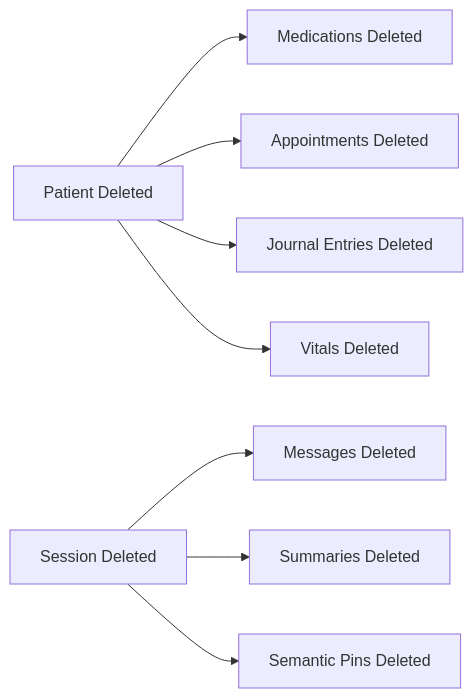
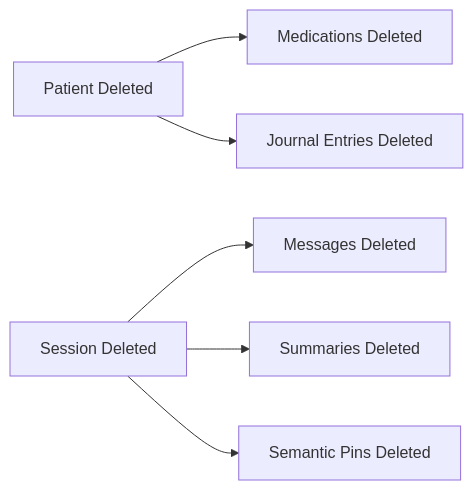
One commit to Kalito-Labs/Luna changed the second of 2 diagrams in docs/db/02-DATABASE-ARCHITECTURE.md. Above: the diagram before and after it, drawn with Mermaid. The commit also changed other lines of this file and 6 other files, not shown here.

````diff
--- a/docs/db/02-DATABASE-ARCHITECTURE.md
+++ b/docs/db/02-DATABASE-ARCHITECTURE.md
@@ -160,11 +156,9 @@
 ```mermaid
 graph LR
     Patient[Patient Deleted] --> Meds[Medications Deleted]
-    Patient --> Appts[Appointments Deleted]
     Patient --> Journal[Journal Entries Deleted]
-    Patient --> Vitals[Vitals Deleted]
     
     Session[Session Deleted] --> Msgs[Messages Deleted]
     Session --> Summaries[Summaries Deleted]
     Session --> Pins[Semantic Pins Deleted]
 ```
````
